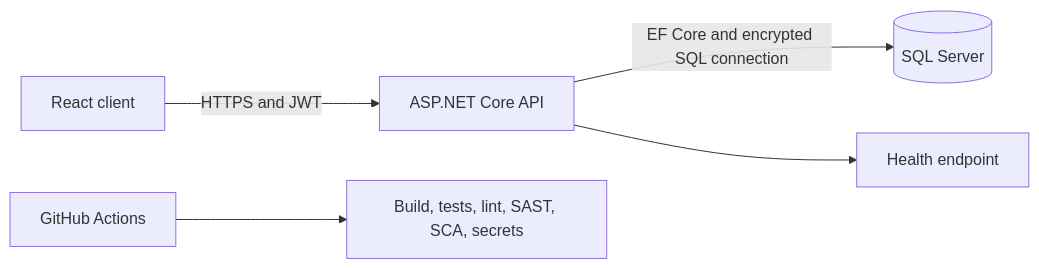
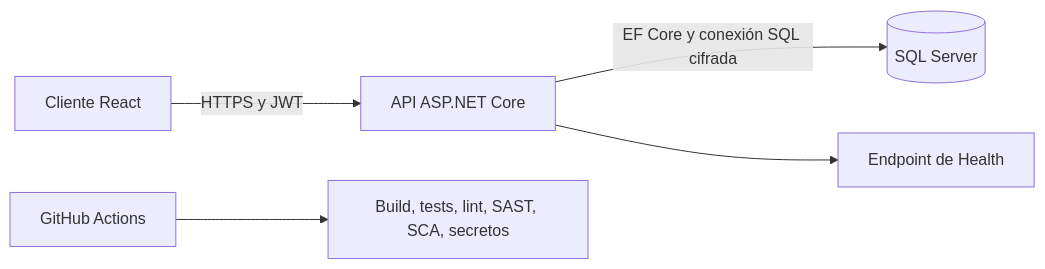
Before and after one commit to 92mosp/FYM: the first of 2 diagrams in docs/ARCHITECTURE.md, drawn with Mermaid. The commit also changed other lines of this file, not shown here.

First line of the commit message:
Translate architecture documentation to Spanish

````diff
--- a/docs/ARCHITECTURE.md
+++ b/docs/ARCHITECTURE.md
@@ -7,7 +7,7 @@
 ```mermaid
 flowchart LR
-  Browser[React client] -->|HTTPS and JWT| API[ASP.NET Core API]
-  API -->|EF Core and encrypted SQL connection| DB[(SQL Server)]
-  API --> Health[Health endpoint]
-  GitHub[GitHub Actions] --> CI[Build, tests, lint, SAST, SCA, secrets]
+  Browser[Cliente React] -->|HTTPS y JWT| API[API ASP.NET Core]
+  API -->|EF Core y conexión SQL cifrada| DB[(SQL Server)]
+  API --> Health[Endpoint de Health]
+  GitHub[GitHub Actions] --> CI[Build, tests, lint, SAST, SCA, secretos]
 ```
````
